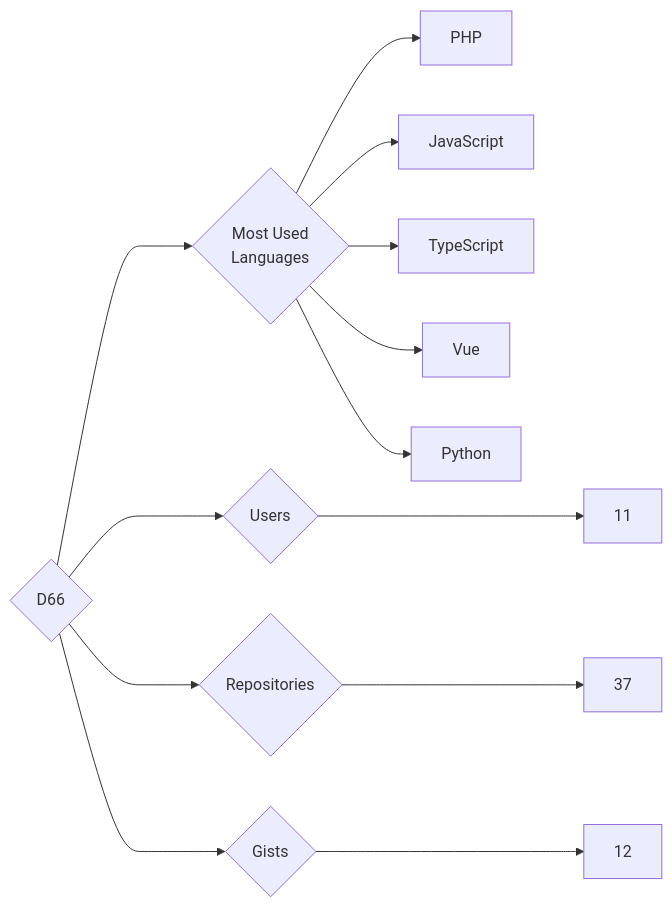
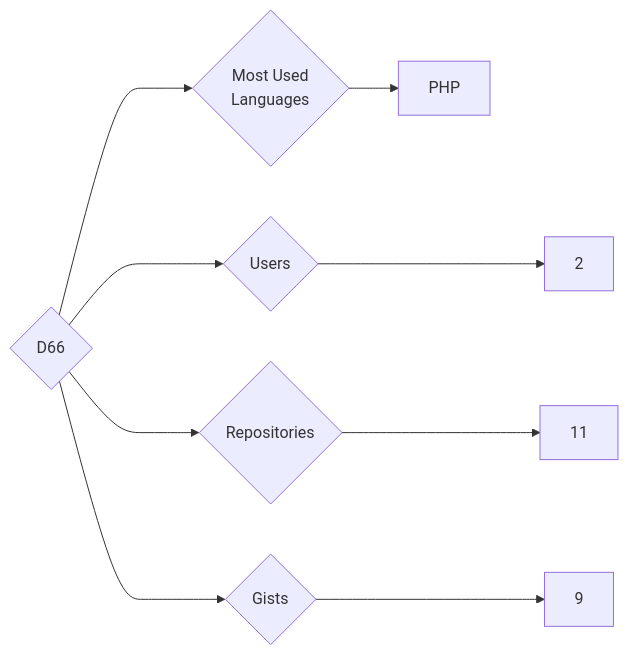
Before and after one commit to trickest/insiders: the diagram in targets/D66/README.md, drawn with Mermaid. The commit also changed 899 other files, not shown here.

````diff
--- a/targets/D66/README.md
+++ b/targets/D66/README.md
@@ -3,13 +3,9 @@
 ```mermaid
 graph LR
 COMPANY_NAME{D66}
-COMPANY_NAME ---> U{Users} ---> UN[11]
-COMPANY_NAME ---> R{Repositories} ---> RN[37]
-COMPANY_NAME ---> G{Gists} ---> GN[12]
+COMPANY_NAME ---> U{Users} ---> UN[2]
+COMPANY_NAME ---> R{Repositories} ---> RN[11]
+COMPANY_NAME ---> G{Gists} ---> GN[9]
 COMPANY_NAME ---> ML{Most Used<br>Languages}
 ML --> PHP[PHP]
-ML --> JavaScript[JavaScript]
-ML --> TypeScript[TypeScript]
-ML --> Vue[Vue]
-ML --> Python[Python]
 ```
````
